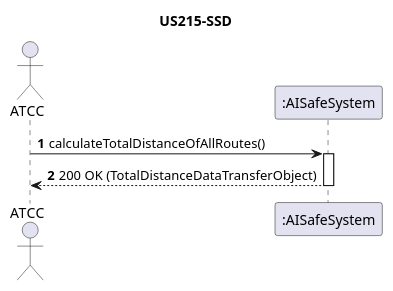
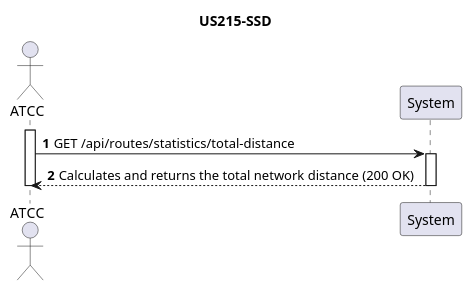
Before and after one commit to anamartasilvaa/PSOFT_AISafe_Flight: the diagram in docs/WP#3B - Enhanced Route Management/US215/US215-SSD.puml, drawn with PlantUML. The commit also changed 18 other files, not shown here.

Commit message:
diagramas de WP#3B

```diff
--- a/docs/WP#3B - Enhanced Route Management/US215/US215-SSD.puml
+++ b/docs/WP#3B - Enhanced Route Management/US215/US215-SSD.puml
@@ -1,11 +1,13 @@
 @startuml
 title US215-SSD
 autonumber
-actor "ATCC" as ATCC
-participant ":AISafeSystem" as System
+actor "ATCC" as Operator
+participant "System" as Sys
 
-ATCC -> System : calculateTotalDistanceOfAllRoutes()
-activate System
-System --> ATCC : 200 OK (TotalDistanceDataTransferObject)
-deactivate System
+activate Operator
+Operator -> Sys : GET /api/routes/statistics/total-distance
+activate Sys
+Sys --> Operator : Calculates and returns the total network distance (200 OK)
+deactivate Sys
+deactivate Operator
 @enduml
```
